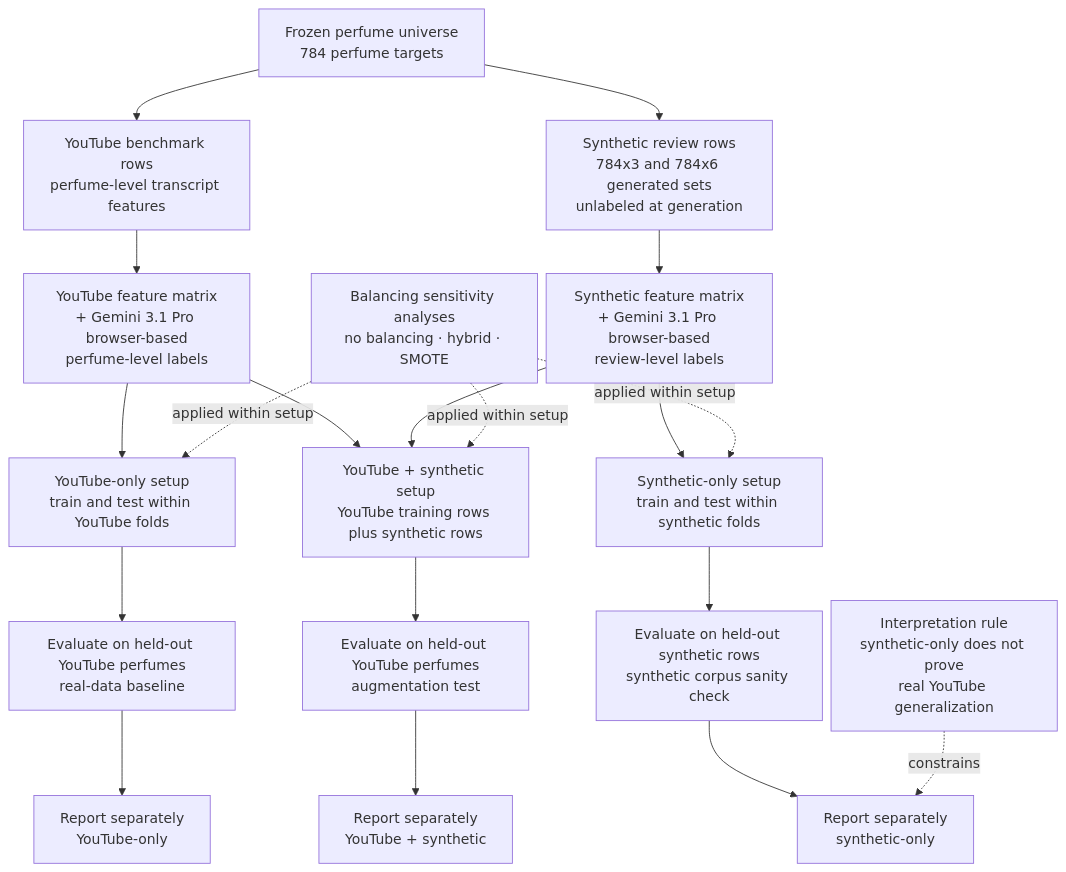
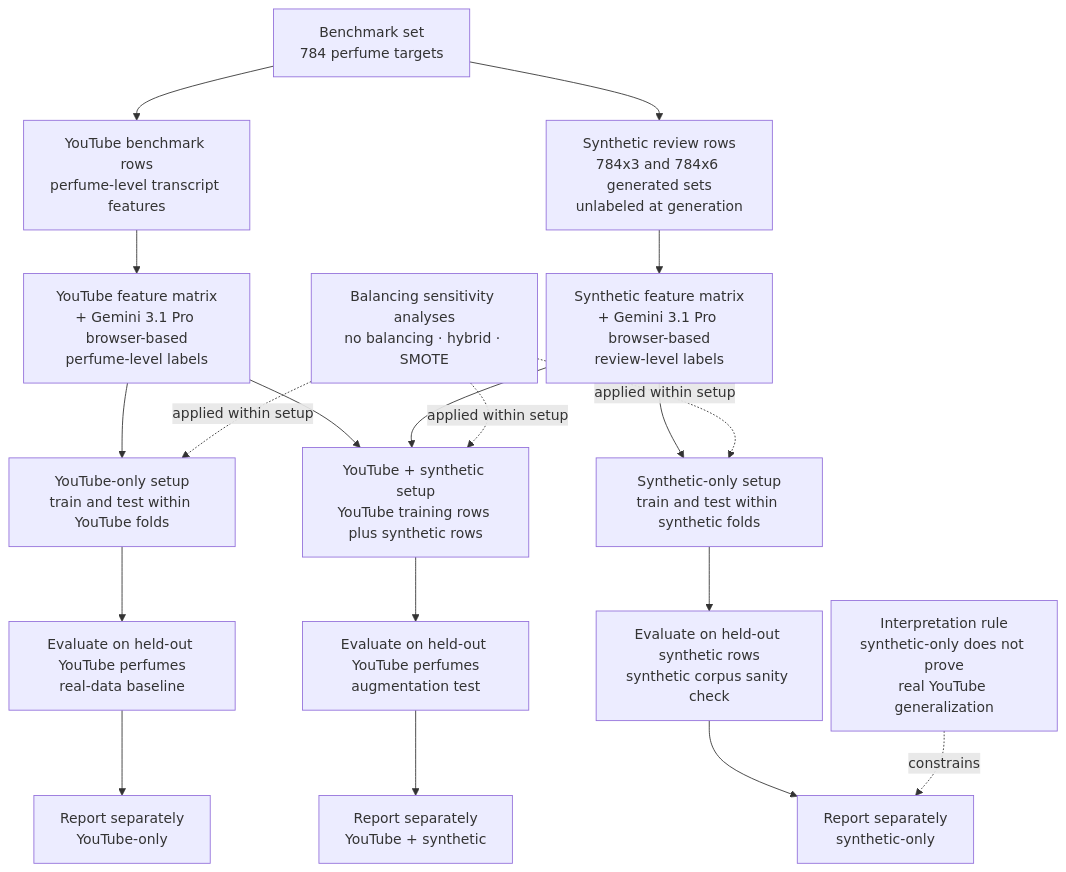
One commit to ececanga/Sentiment-Analysis-for-Perfume-Reviews changed the diagram in docs/diagrams/mermaid/synthetic_vs_youtube_experiment_design.mmd. Above: the diagram before and after it, drawn with Mermaid. The commit also changed 170 other files, not shown here.

```diff
--- a/docs/diagrams/mermaid/synthetic_vs_youtube_experiment_design.mmd
+++ b/docs/diagrams/mermaid/synthetic_vs_youtube_experiment_design.mmd
@@ -1,34 +1,34 @@
 ---
 config:
   layout: dagre
   flowchart:
     nodeSpacing: 10
     rankSpacing: 50
 ---
 flowchart TD
-    A["Frozen perfume universe<br/>784 perfume targets"]
+    A["Benchmark set<br/>784 perfume targets"]
 
     A --> B["YouTube benchmark rows<br/>perfume-level transcript features"]
     A --> C["Synthetic review rows<br/>784x3 and 784x6 generated sets<br/>unlabeled at generation"]
 
     B --> B1["YouTube feature matrix<br/>+ Gemini 3.1 Pro browser-based<br/>perfume-level labels"]
     C --> C1["Synthetic feature matrix<br/>+ Gemini 3.1 Pro browser-based<br/>review-level labels"]
 
     B1 --> D["YouTube-only setup<br/>train and test within YouTube folds"]
     C1 --> E["Synthetic-only setup<br/>train and test within synthetic folds"]
     B1 --> F["YouTube + synthetic setup<br/>YouTube training rows plus synthetic rows"]
     C1 --> F
 
     D --> G["Evaluate on held-out YouTube perfumes<br/>real-data baseline"]
     F --> H["Evaluate on held-out YouTube perfumes<br/>augmentation test"]
     E --> I["Evaluate on held-out synthetic rows<br/>synthetic corpus sanity check"]
 
     G --> J["Report separately<br/>YouTube-only"]
     H --> K["Report separately<br/>YouTube + synthetic"]
     I --> L["Report separately<br/>synthetic-only"]
 
     M["Balancing sensitivity analyses<br/>no balancing · hybrid · SMOTE"] -. applied within setup .-> D
     M -. applied within setup .-> E
     M -. applied within setup .-> F
 
     N["Interpretation rule<br/>synthetic-only does not prove<br/>real YouTube generalization"] -. constrains .-> L
```
